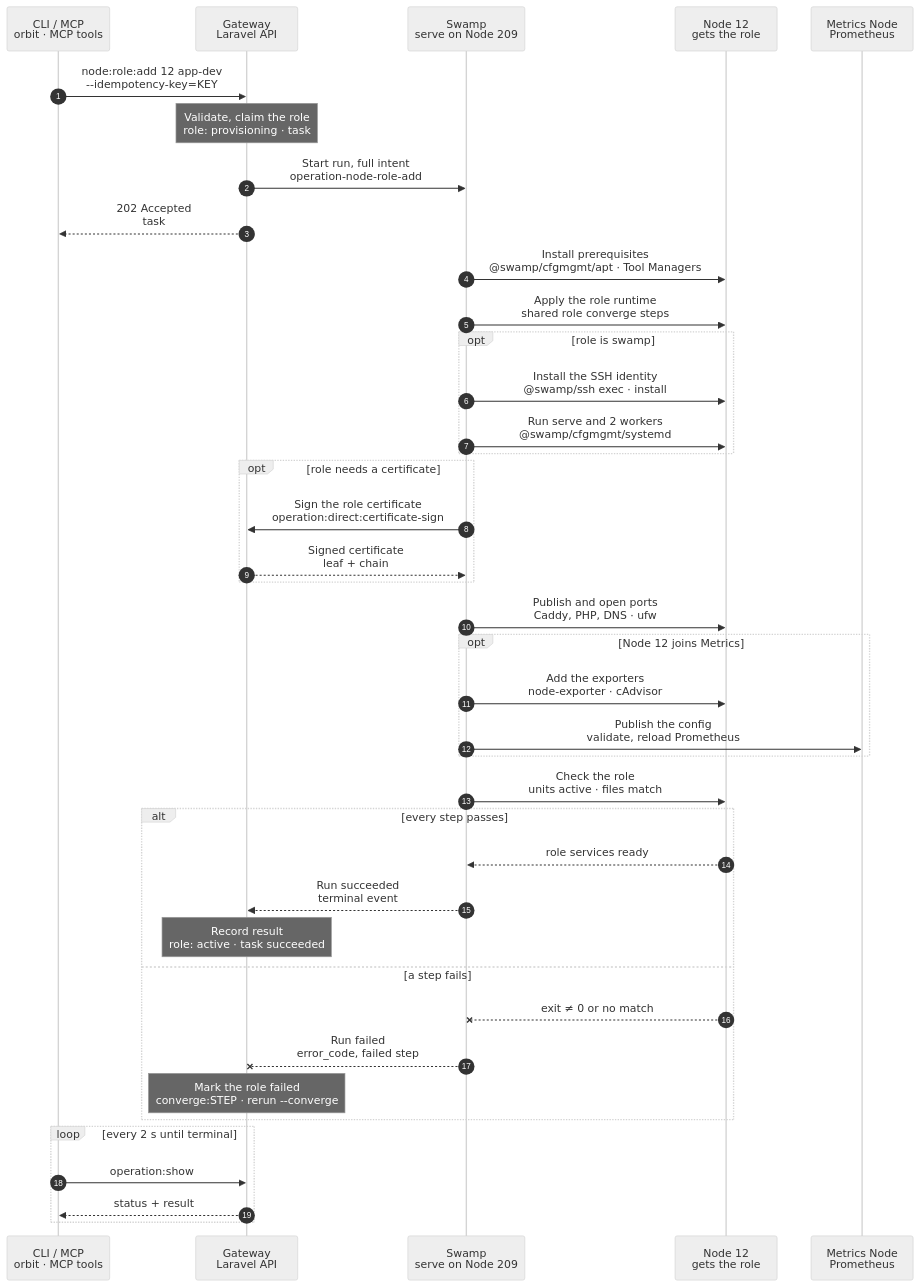
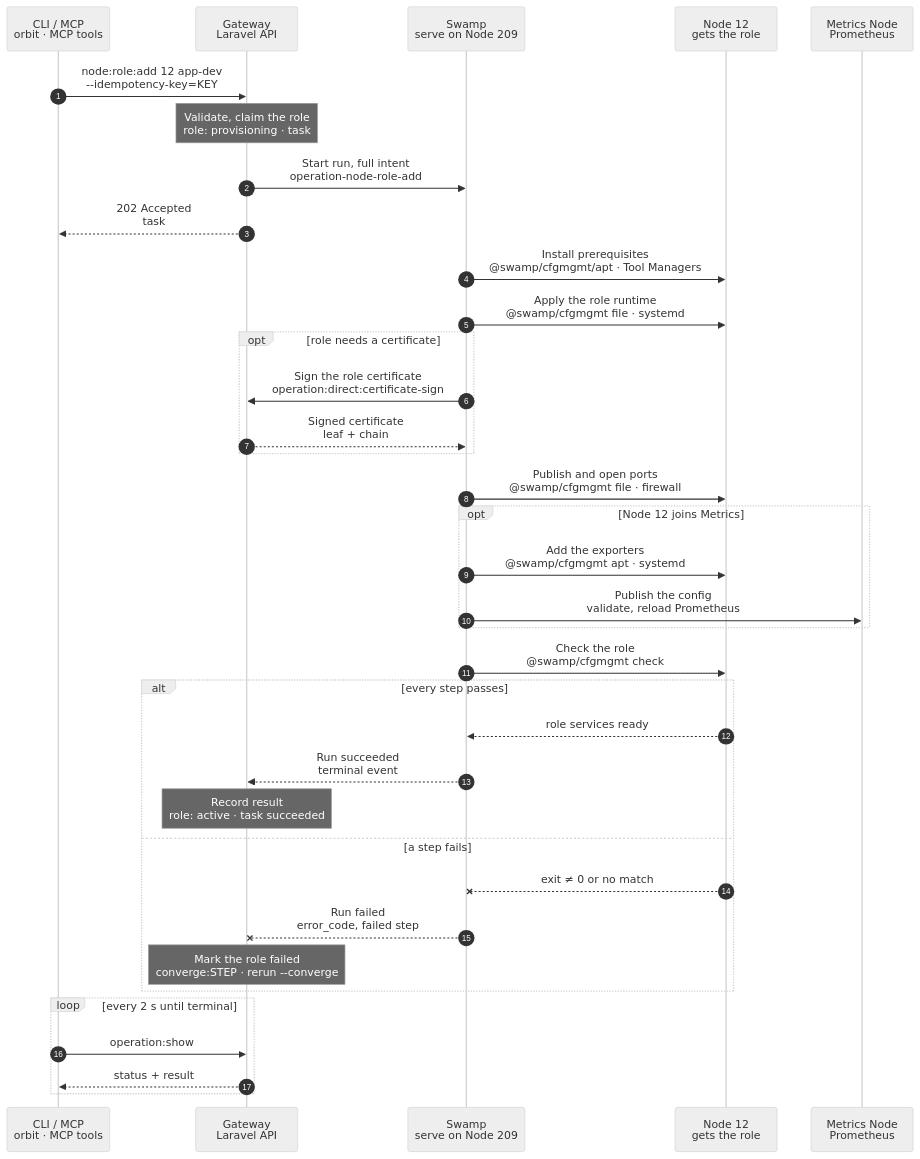
The diagram in docs/cli/node/role-add.mmd (hardimpactdev/orbit), drawn with Mermaid (neutral theme) before and after one commit. The commit also changed 6 other files, not shown here.

First line of the commit message:
docs(cli): tighten2 wave 7 charts (node.add, node.role_add, node.role_converge, node.role_remove, node.remove, metrics.enable, metrics.disable)

```diff
--- a/docs/cli/node/role-add.mmd
+++ b/docs/cli/node/role-add.mmd
@@ -1,184 +1,156 @@
 sequenceDiagram
   %% Target design: ADR 0243/0244 task, DECISIONS R1-R4 + 5 (shared SSH identity), metrics.exporter_enable decisions, single-swamp-node. docs/cli/node.mdx#orbit-noderoleadd, docs/reference/node-provisioning.md.
+  %% Tightened: flow-tighten 2026-11-02, rules 9, 22 (cfgmgmt behaviors named; their checks are the end check, no file read-back).
   %% status: draft
   %% command: node:role:add
   %% kind: node.role_add
   autonumber
   %% lane CLI icon=terminal pill=caller tone=gray
   %% lane GW icon=gateway pill=intent tone=blue
   %% lane SW icon=workflow pill=executes tone=green
   %% lane N icon=server pill=target tone=amber
   %% lane M icon=server pill=target tone=purple
   participant CLI as CLI / MCP<br/>orbit · MCP tools
   participant GW as Gateway<br/>Laravel API
   participant SW as Swamp<br/>serve on Node 209
   participant N as Node 12<br/>gets the role
   participant M as Metrics Node<br/>Prometheus
   CLI->>GW: node:role:add 12 app-dev<br/>--idempotency-key=KEY
   %%> Command:
   %%> - `orbit node:role:add 12 app-dev`
   %%> - syntax: `<node> <role> [--converge] [--postgres-process=ID] [--clickhouse-process=ID] [--idempotency-key=KEY] [--json]`
   %%> Input:
   %%> - the Node, by id or exact name, and the role, such as `app-dev`, `app-prod`, `ingress`, `database`, `websocket`, `analytics`, `ci-runner`, `gateway` or `swamp`
   %%> - for `analytics` only: the PostgreSQL and ClickHouse Processes; in a terminal the CLI asks for them
   %%> - `--converge` converges a role the Node already has; that is `node.role_converge`, with its own chart
   %%> Who can call it:
   %%> - the `orbit` CLI and the MCP tool send the same request
   Note over GW: Validate, claim the role<br/>role: provisioning · task #5170
   %%> Requirements:
   %%> - your Node has an access grant to Node 12
   %%> - Node 12 is an active, managed Linux Node
   %%> - the role is not `vpn` or `router`; those are protected from this command
   %%> - Node 12 doesn't have the role yet, and holds no role it conflicts with, such as `app-prod` beside `app-dev`
   %%> - a singleton role, such as `gateway` or `swamp`, has no holder yet; to move one, use `node:role:relocate`
   %%> - one role operation per Node: the Gateway holds a role lock for Node 12 and waits up to 2 minutes for a busy one, then refuses with `node_role.node_busy`
   %%> Builds:
   %%> - the role plan: packages, files, units, Caddy sites, PHP settings, firewall rules and certificate requests
   %%> - the Metrics fleet change, when Node 12 becomes a selected exporter
   %%> Secrets:
   %%> - role credentials go to the Swamp vault as execution copies; the inputs hold only their key names
   %%> Result:
   %%> - the `app-dev` assignment recorded with status provisioning
   %%> - task #5170 recorded with the full intent
   %%> - nothing has happened on the Node yet
   GW->>SW: Start run, full intent<br/>operation-node-role-add
   %%> What it does:
   %%> - starts one Swamp run on serve (Node 209)
   %%> Inputs:
   %%> - the role plan with its files and digests
   %%> - the vault key names of the role credentials
   %%> - Node 12's and the Metrics Node's addresses and SSH host keys; the SSH identity comes from the `swamp` role
   GW-->>CLI: 202 Accepted<br/>task #5170
   %%> What you get:
   %%> - the task number, at once
   %%> Next:
   %%> - the CLI follows the task with `operation:show`
   SW->>N: Install prerequisites<br/>@swamp/cfgmgmt/apt · Tool Managers
   %%> What it does:
   %%> - checks the Ubuntu release the role supports, then installs the role's packages
   %%> - waits for a busy apt lock within the run's time budget
   %%> Per role:
   %%> - `app-dev`, `app-prod`: the pinned PHP build and JavaScript runtimes, the `vp` and `composer` Tool Managers through the shared Tool Manager setup step, and `<home>/apps` for `app-dev`
   %%> - Caddy roles: the pinned Caddy release, only when Caddy is missing or below the floor
   %%> - `database`, `analytics`: the Docker engine
   %%> - `ci-runner`: the Incus host boundary
   %%> How:
   %%> - official `@swamp/cfgmgmt` behaviors (apt, fetch, file) over SSH from 209
-  SW->>N: Apply the role runtime<br/>shared role converge steps
+  SW->>N: Apply the role runtime<br/>@swamp/cfgmgmt file · systemd
   %%> What it does:
   %%> - runs the same steps as role converge (`node.role_converge`): files, units and services of the role
   %%> Per role:
   %%> - Caddy roles: the Caddyfile, validated first, then a graceful Caddy reload
   %%> - `app-dev`, `app-prod`: the managed PHP-FPM module; a graceful reload of valid running masters
   %%> - `app-dev`: the `/etc/tmpfiles.d/orbit.conf` rule for `/tmp/orbit-*` and `/dev/shm/orbit-*`
   %%> - `websocket`: the Reverb service
   %%> - `analytics`: Plausible, beside the given storage Processes
-  %%> - `swamp`: Orbit's Caddy; serve and its workers follow in their own steps
+  %%> - `swamp`: Orbit's Caddy and the 2 worker services `orbit-swamp-worker@a` and `@b`
   %%> - `metrics`: Prometheus and Grafana, with the same steps as `metrics:enable`
   %%> How:
   %%> - official `@swamp/cfgmgmt` behaviors (file, systemd, docker) over SSH from 209
   %%> Not included:
   %%> - the Node agent, its files and the Orbit CLI; `node:converge` owns them
-  opt role is swamp
-    SW->>N: Install the SSH identity<br/>@swamp/ssh exec · install
-    %%> What it does:
-    %%> - copies the Node's `node-proxy` key to `/etc/orbit/swamp-role-worker/ssh-identity`, owned by root and readable by the workers' account (`0440`)
-    %%> - one `install` command; repeating it changes nothing
-    %%> Why:
-    %%> - every Swamp step reaches its Node over SSH with this key
-    %%> Requirements:
-    %%> - an operator bootstraps the first swamp Node; until this step has run once, no worker holds the key
-    SW->>N: Run serve and 2 workers<br/>@swamp/cfgmgmt/systemd
-    %%> What it does:
-    %%> - writes `orbit-swamp-serve.service` and the worker template `orbit-swamp-worker@.service` from the role plan; systemd reloads only when one changed
-    %%> - enables serve and the workers `@a` and `@b`, and starts any that is stopped
-    %%> Serve:
-    %%> - `swamp serve` on `127.0.0.1:9418` from the serve checkout, with at most 4 scheduled runs in flight and a 5-minute shutdown drain
-    %%> - never restarted here: a changed serve unit takes effect at serve's next restart, which an operator makes in a quiet window
-    %%> Workers:
-    %%> - each reaches serve on loopback with 8 dispatch slots and the labels `role=swamp` and `node=12`
-    %%> - a running worker is never stopped or restarted here, because runs may be on it; a changed worker unit takes effect at the worker's next restart
-    %%> Requirements:
-    %%> - placed by an operator: the pinned `swamp` binary, each worker's enrollment and server tokens in `/etc/orbit/swamp-role-worker/<a|b>/`, and the serve checkout
-    %%> - nothing reads them first: a missing one fails the start with `swamp.worker_unit_failed` or `swamp.serve_unit_failed`
-    %%> Not included:
-    %%> - serve's grants files and `swamp access reload`: they follow the checkout, so the release's Swamp load applies them (`gateway.swamp_load`)
-    %%> - the datastore watch: a native schedule among the repository's workflows, which serve loads with each release (`swamp.datastore_watch`)
-    %%> How:
-    %%> - `@swamp/cfgmgmt/systemd` with the unit content, over SSH from 209
-  end
   opt role needs a certificate
     SW->>GW: Sign the role certificate<br/>operation:direct:certificate-sign
     %%> When:
     %%> - the role serves TLS with an Orbit certificate, for example `database` or `websocket`
     %%> How:
     %%> - a step creates the key on Node 12 and reads only the CSR
     %%> - the Gateway signs the CSR with the Orbit CA; this is the one call a step may make to the Gateway
     %%> Why:
     %%> - the private key never leaves Node 12, and the CA key never leaves the Gateway
     GW-->>SW: Signed certificate<br/>leaf + chain
     %%> What happens next:
     %%> - Swamp writes the certificate beside its key on Node 12 and activates it
   end
-  SW->>N: Publish and open ports<br/>Caddy, PHP, DNS · ufw
+  SW->>N: Publish and open ports<br/>@swamp/cfgmgmt file · firewall
   %%> What it does:
   %%> - publishes the role's Caddy sites and PHP pools, validates them, and reloads gracefully
   %%> - adds the role's managed firewall rules with `@swamp/cfgmgmt/firewall`
   %%> - publishes the role's private DNS names, such as the Reverb host, through the shared DNS step on the `vpn` Node
   %%> First role:
   %%> - removes the public SSH rule, so Node 12 is reached only over WireGuard from then on
   opt Node 12 joins Metrics
-    SW->>N: Add the exporters<br/>node-exporter · cAdvisor
+    SW->>N: Add the exporters<br/>@swamp/cfgmgmt apt · systemd
     %%> When:
     %%> - a Metrics role exists, and this role makes Node 12 a selected exporter; every role takes part except `swamp`
     %%> What it does:
     %%> - the same steps as `metrics:exporter:enable`: the exporters, their WireGuard listeners, and the Metrics Node's firewall allows
     SW->>M: Publish the config<br/>validate, reload Prometheus
     %%> What it does:
     %%> - validates the new Prometheus configuration with `promtool`, publishes it, and reloads Prometheus while it runs
     %%> - no restart, so collection from other Nodes continues
   end
-  SW->>N: Check the role<br/>units active · files match
+  SW->>N: Check the role<br/>@swamp/cfgmgmt check
   %%> What it does:
   %%> - checks the role's services are active and answer, such as Caddy, PHP-FPM or Reverb
-  %%> - reads each applied file back and compares it with its digest
-  %%> - `swamp`: the `check` of each `@swamp/cfgmgmt/systemd` step and of the identity file, then a native `assert` fails the run on any drift
+  %%> - the `check` of each file and systemd behavior confirms its content and state; no separate read-back
   %%> Why:
   %%> - the role only counts as active when Node 12 shows it
   alt every step passes
     N-->>SW: role services ready
     %%> Returns:
     %%> - the check passed for every part of the role
     SW-->>GW: Run succeeded<br/>terminal event
     %%> How the Gateway learns it:
     %%> - its shared run reader sees the terminal event; Swamp never calls the Gateway for a result
     Note over GW: Record result<br/>role: active · task succeeded
     %%> Result:
     %%> - the `app-dev` role on Node 12 becomes active, with the digest of each applied part
     %%> - Node 12's exporter is recorded as active, when it joined Metrics
     %%> - task #5170 succeeds
   else a step fails
     N--xSW: exit ≠ 0 or no match
     %%> When:
     %%> - a package, file, unit, Caddy validation, certificate, firewall or check step fails
     SW--xGW: Run failed<br/>error_code, failed step
     %%> The Gateway reads:
     %%> - which step failed and its error code
     Note over GW: Mark the role failed<br/>converge:STEP · rerun --converge
     %%> Result:
     %%> - the role stays recorded, marked failed at `converge:STEP` with the step's own error code
     %%> - task #5170 fails
     %%> On the Node:
     %%> - finished steps stay; there is no rollback
     %%> - that is safe: every step is idempotent and Caddy is never reloaded with a config that fails validation
     %%> Retry:
     %%> - run `orbit node:role:add 12 app-dev --converge` after fixing the cause
   end
   loop every 2 s until terminal
     CLI->>GW: operation:show #5170
     %%> What it does:
     %%> - asks for the task's status every 2 seconds until it has ended
     GW-->>CLI: status + result
     %%> Returns:
     %%> - the current status, and the result once the task has ended
   end
```
